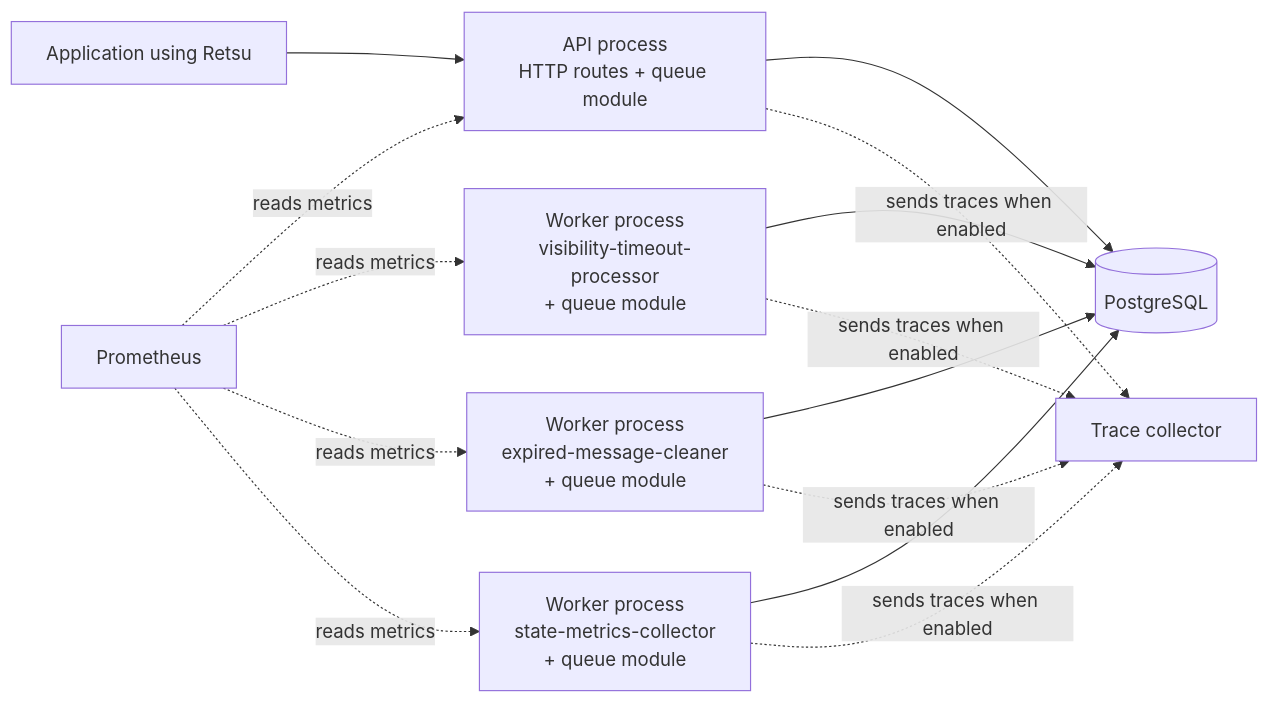
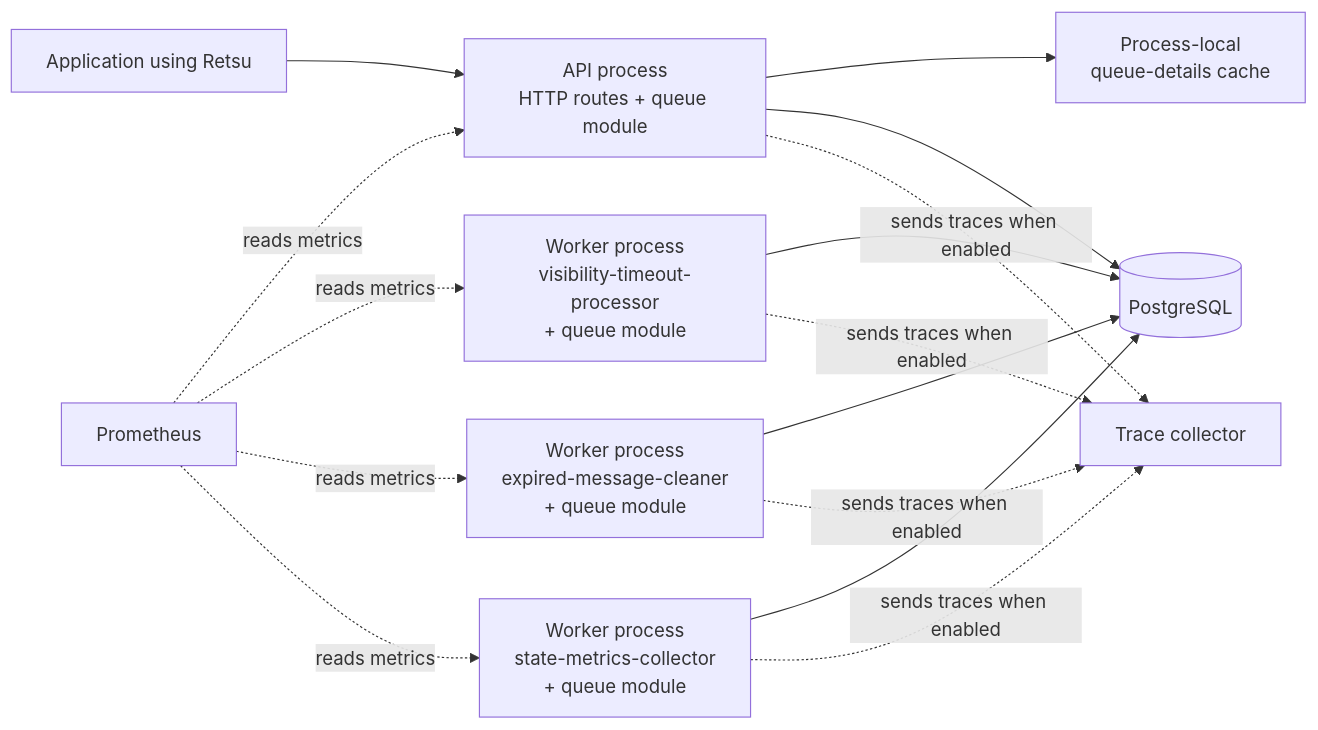
Before and after one commit to karanbalani/retsu: the first of 2 diagrams in docs/architecture.md, drawn with Mermaid. The commit also changed other lines of this file and 37 other files, not shown here.

````diff
--- a/docs/architecture.md
+++ b/docs/architecture.md
@@ -9,16 +9,17 @@
 ```mermaid
 flowchart LR
     Client["Application using Retsu"] --> API["API process<br/>HTTP routes + queue module"]
+    API --> Cache["Process-local<br/>queue-details cache"]
     Timeout["Worker process<br/>visibility-timeout-processor<br/>+ queue module"] --> Database[("PostgreSQL")]
     Cleaner["Worker process<br/>expired-message-cleaner<br/>+ queue module"] --> Database
     State["Worker process<br/>state-metrics-collector<br/>+ queue module"] --> Database
     API --> Database
     Prometheus["Prometheus"] -. "reads metrics" .-> API
     Prometheus -. "reads metrics" .-> Timeout
     Prometheus -. "reads metrics" .-> Cleaner
     Prometheus -. "reads metrics" .-> State
     API -. "sends traces when enabled" .-> Collector["Trace collector"]
     Timeout -. "sends traces when enabled" .-> Collector
     Cleaner -. "sends traces when enabled" .-> Collector
     State -. "sends traces when enabled" .-> Collector
 ```
````
